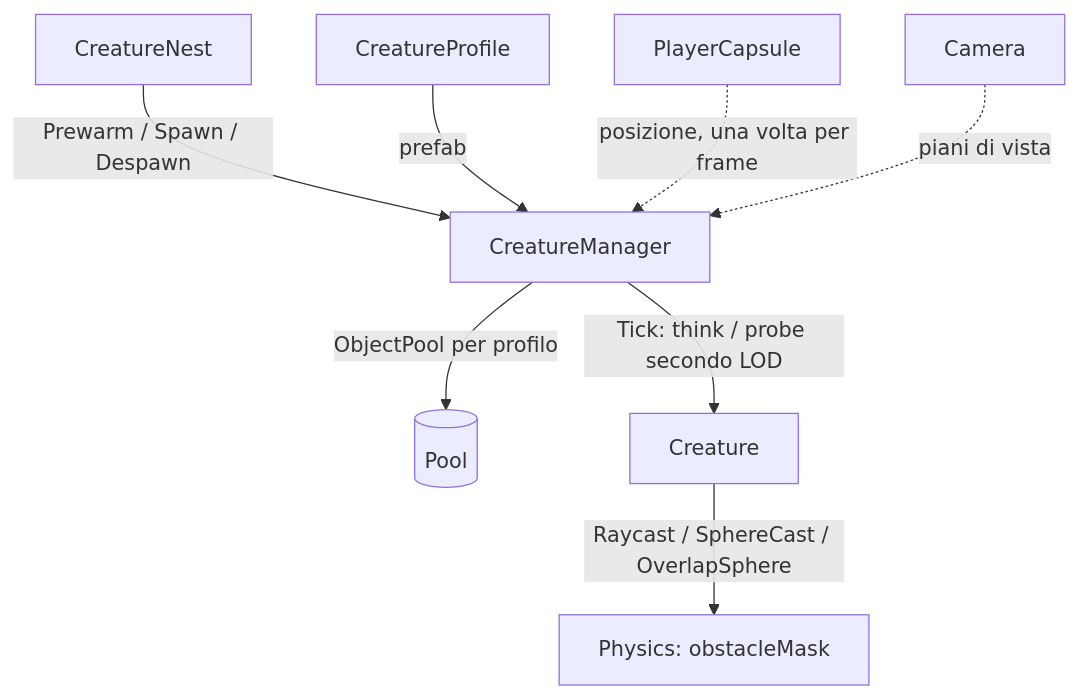
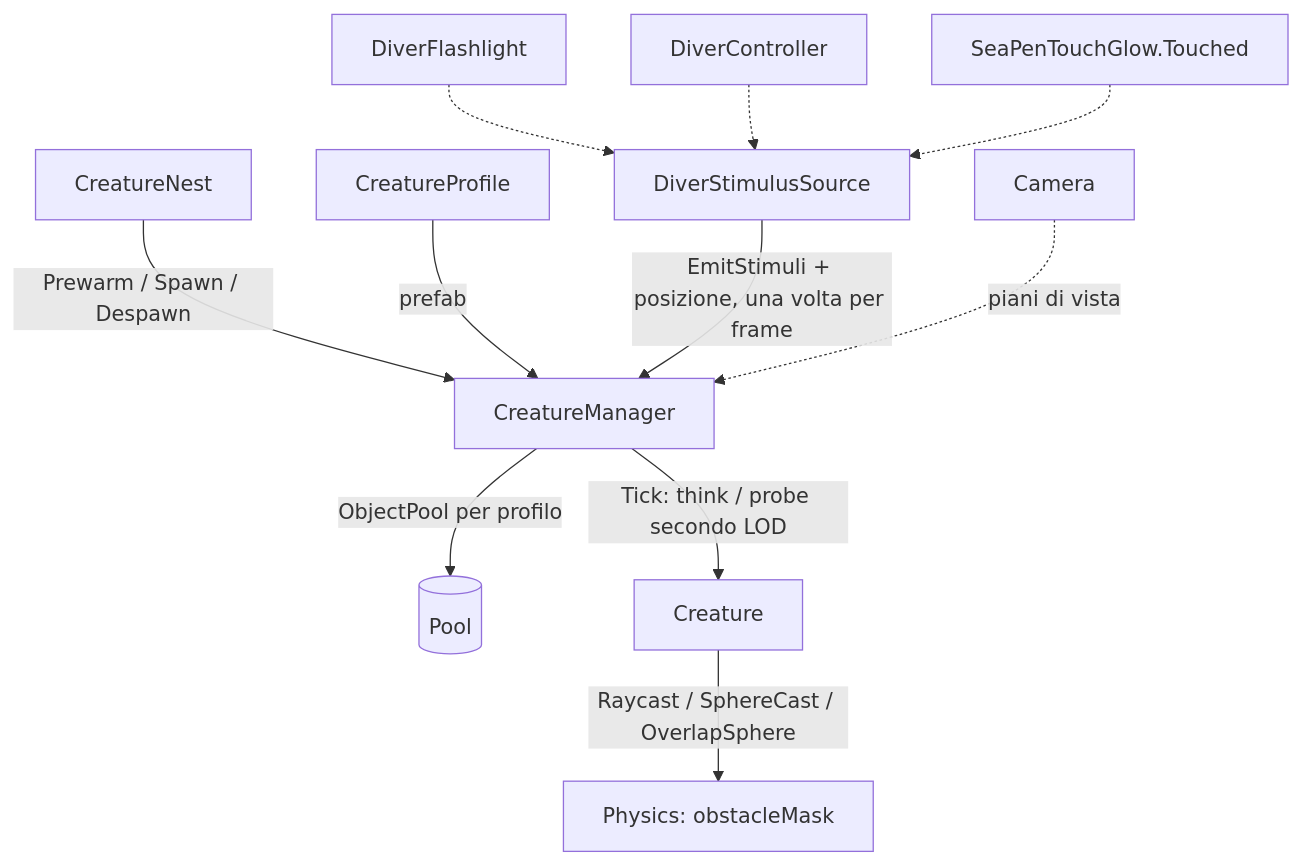
The diagram in documentation/Creatures.md (Fr3nezy/Project_Deep), drawn with Mermaid before and after one commit. The commit also changed other lines of this file and 17 other files, not shown here.

First line of the commit message:
Let creatures perceive the diver's light, noise and sea pen trail

````diff
--- a/documentation/Creatures.md
+++ b/documentation/Creatures.md
@@ -39,10 +42,13 @@
 ```mermaid
 flowchart TD
     Nest[CreatureNest] -->|Prewarm / Spawn / Despawn| Manager[CreatureManager]
     Profile[CreatureProfile] -->|prefab| Manager
     Manager -->|ObjectPool per profilo| Pool[(Pool)]
-    Player[PlayerCapsule] -.->|posizione, una volta per frame| Manager
+    Flashlight[DiverFlashlight] -.-> Source[DiverStimulusSource]
+    Diver[DiverController] -.-> Source
+    SeaPen[SeaPenTouchGlow.Touched] -.-> Source
+    Source -->|EmitStimuli + posizione, una volta per frame| Manager
     Camera[Camera] -.->|piani di vista| Manager
     Manager -->|Tick: think / probe secondo LOD| Creature[Creature]
     Creature -->|Raycast / SphereCast / OverlapSphere| Physics[Physics: obstacleMask]
 ```
````
